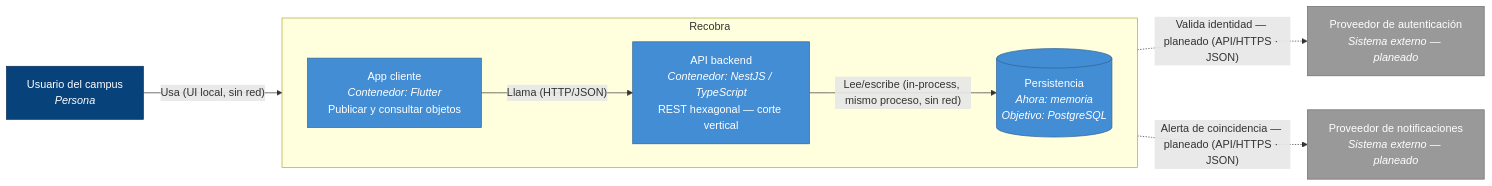
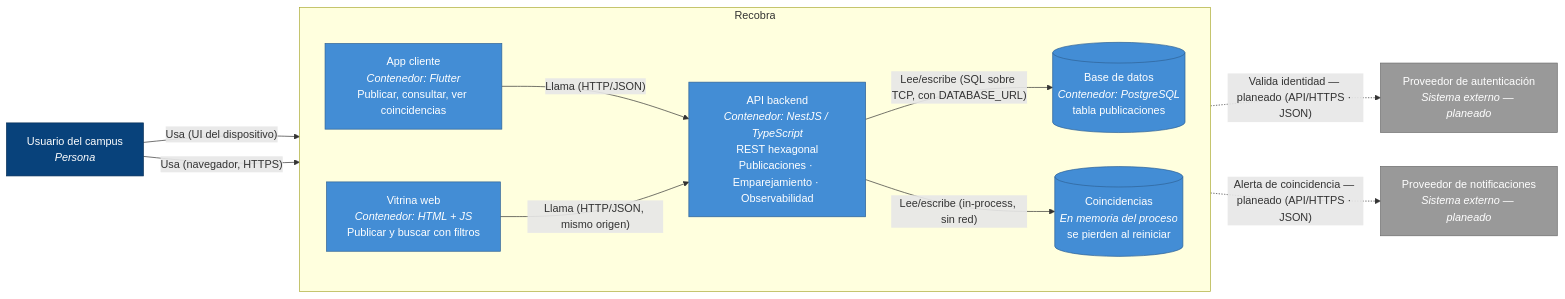
Before and after one commit to ISCOUTB/AS_202620_Recobra: the diagram in docs/c4/C4-C2.md, drawn with Mermaid. The commit also changed other lines of this file and 1 other file, not shown here.

Commit message:
Sincronizar C4-C2 y C4-C3 con el codigo real (PostgreSQL, busqueda, Emparejamiento, observabilidad)

````diff
--- a/docs/c4/C4-C2.md
+++ b/docs/c4/C4-C2.md
@@ -17,27 +19,32 @@
 ```mermaid
 flowchart LR
     usuario["Usuario del campus<br/><i>Persona</i>"]
     auth["Proveedor de autenticación<br/><i>Sistema externo — planeado</i>"]
     notif["Proveedor de notificaciones<br/><i>Sistema externo — planeado</i>"]
 
     subgraph recobra["Recobra"]
         direction LR
-        app["App cliente<br/><i>Contenedor: Flutter</i><br/>Publicar y consultar objetos"]
-        api["API backend<br/><i>Contenedor: NestJS / TypeScript</i><br/>REST hexagonal — corte vertical"]
-        store[("Persistencia<br/><i>Ahora: memoria</i><br/><i>Objetivo: PostgreSQL</i>")]
+        app["App cliente<br/><i>Contenedor: Flutter</i><br/>Publicar, consultar, ver coincidencias"]
+        web["Vitrina web<br/><i>Contenedor: HTML + JS</i><br/>Publicar y buscar con filtros"]
+        api["API backend<br/><i>Contenedor: NestJS / TypeScript</i><br/>REST hexagonal<br/>Publicaciones · Emparejamiento · Observabilidad"]
+        bd[("Base de datos<br/><i>Contenedor: PostgreSQL</i><br/>tabla publicaciones")]
+        mem[("Coincidencias<br/><i>En memoria del proceso</i><br/>se pierden al reiniciar")]
     end
 
-    usuario -->|"Usa (UI local, sin red)"| app
+    usuario -->|"Usa (UI del dispositivo)"| app
+    usuario -->|"Usa (navegador, HTTPS)"| web
     app -->|"Llama (HTTP/JSON)"| api
-    api -->|"Lee/escribe (in-process, mismo proceso, sin red)"| store
+    web -->|"Llama (HTTP/JSON, mismo origen)"| api
+    api -->|"Lee/escribe (SQL sobre TCP, con DATABASE_URL)"| bd
+    api -->|"Lee/escribe (in-process, sin red)"| mem
     api -.->|"Valida identidad — planeado (API/HTTPS · JSON)"| auth
     api -.->|"Alerta de coincidencia — planeado (API/HTTPS · JSON)"| notif
 
     classDef persona fill:#08427b,color:#fff,stroke:#052e56;
     classDef contenedor fill:#438dd5,color:#fff,stroke:#2e6295;
     classDef externo fill:#999999,color:#fff,stroke:#6b6b6b;
 
     class usuario persona;
-    class app,api,store contenedor;
+    class app,web,api,bd,mem contenedor;
     class notif,auth externo;
 ```
````
